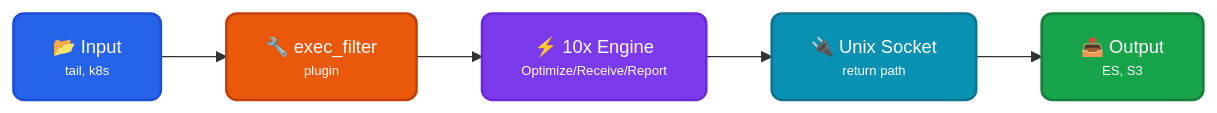
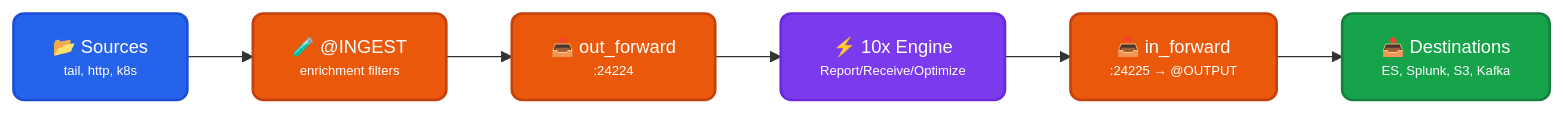
Before and after one commit to log-10x/modules: the diagram in pipelines/run/modules/input/forwarder/fluentd/doc.md, drawn with Mermaid. The commit also changed other lines of this file and 149 other files, not shown here.

````diff
--- a/pipelines/run/modules/input/forwarder/fluentd/doc.md
+++ b/pipelines/run/modules/input/forwarder/fluentd/doc.md
@@ -11,19 +11,20 @@
 ```mermaid
 graph LR
-    A["<div style='font-size: 14px;'>📂 Input</div><div style='font-size: 10px;'>tail, k8s</div>"] --> B["<div style='font-size: 14px;'>🔧 exec_filter</div><div style='font-size: 10px;'>plugin</div>"]
-    B --> E["<div style='font-size: 14px;'>⚡ 10x Engine</div><div style='font-size: 10px;'>Optimize/Receive/Report</div>"]
-    E --> C["<div style='font-size: 14px;'>🔌 Unix Socket</div><div style='font-size: 10px;'>return path</div>"]
-    C --> D["<div style='font-size: 14px;'>📤 Output</div><div style='font-size: 10px;'>ES, S3</div>"]
+    A["<div style='font-size: 14px;'>📂 Sources</div><div style='font-size: 10px;'>tail, http, k8s</div>"] --> F["<div style='font-size: 14px;'>🧪 @INGEST</div><div style='font-size: 10px;'>enrichment filters</div>"]
+    F --> B["<div style='font-size: 14px;'>📤 out_forward</div><div style='font-size: 10px;'>:24224</div>"]
+    B --> E["<div style='font-size: 14px;'>⚡ 10x Engine</div><div style='font-size: 10px;'>Report/Receive/Optimize</div>"]
+    E --> C["<div style='font-size: 14px;'>📥 in_forward</div><div style='font-size: 10px;'>:24225 → @OUTPUT</div>"]
+    C --> D["<div style='font-size: 14px;'>📤 Destinations</div><div style='font-size: 10px;'>ES, Splunk, S3, Kafka</div>"]
 
     classDef input fill:#2563eb,stroke:#1d4ed8,color:#ffffff,stroke-width:2px,rx:8,ry:8
     classDef filter fill:#ea580c,stroke:#c2410c,color:#ffffff,stroke-width:2px,rx:8,ry:8
-    classDef socket fill:#0891b2,stroke:#0e7490,color:#ffffff,stroke-width:2px,rx:8,ry:8
+    classDef engine fill:#7c3aed,stroke:#6d28d9,color:#ffffff,stroke-width:2px,rx:8,ry:8
     classDef output fill:#16a34a,stroke:#15803d,color:#ffffff,stroke-width:2px,rx:8,ry:8
-    classDef engine fill:#7c3aed,stroke:#6d28d9,color:#ffffff,stroke-width:2px,rx:8,ry:8
 
     class A input
     class B filter
-    class C socket
+    class C filter
     class D output
     class E engine
+    class F filter
 ```
````
